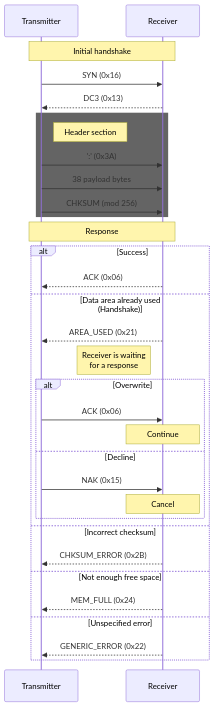
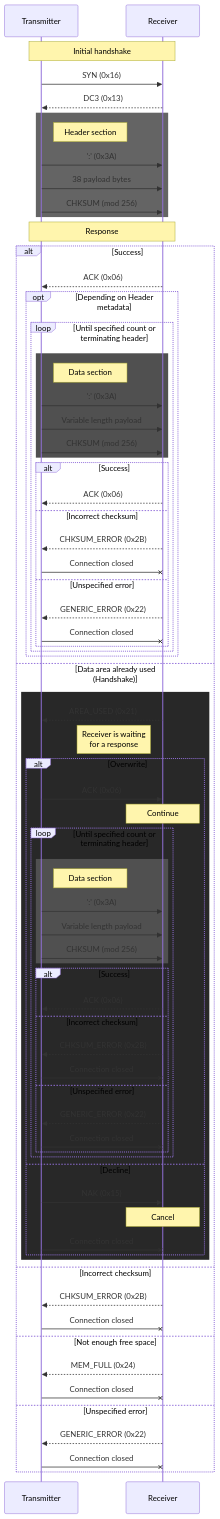
One commit to tarapitha/casio_fx changed the diagram in PROTOCOL.md. Above: the diagram before and after it, drawn with Mermaid.

````diff
--- a/PROTOCOL.md
+++ b/PROTOCOL.md
@@ -17,22 +17,68 @@
     Note over T,R: Response
     alt Success
         R-->>T: ACK (0x06)
+
+        opt Depending on Header metadata
+            loop Until specified count or terminating header
+                rect rgb(80, 80, 80)
+                Note right of T: Data section
+                T->>R: ':' (0x3A)
+                T->>R: Variable length payload
+                T->>R: CHKSUM (mod 256)
+                end
+                alt Success
+                    R-->>T: ACK (0x06)
+                else Incorrect checksum
+                    R-->>T: CHKSUM_ERROR (0x2B)
+                    T-xR: Connection closed
+                else Unspecified error
+                    R-->>T: GENERIC_ERROR (0x22)
+                    T-xR: Connection closed
+                end
+            end
+        end
+
     else Data area already used<br/>(Handshake)
+        rect rgb(40, 40, 40)
         R-->>T: AREA_USED (0x21)
         Note left of R: Receiver is waiting<br/>for a response
         
         alt Overwrite
             T->>R: ACK (0x06)
             Note over R: Continue
+
+            loop Until specified count or terminating header
+                rect rgb(80, 80, 80)
+                Note right of T: Data section
+                T->>R: ':' (0x3A)
+                T->>R: Variable length payload
+                T->>R: CHKSUM (mod 256)
+                end
+                alt Success
+                    R-->>T: ACK (0x06)
+                else Incorrect checksum
+                    R-->>T: CHKSUM_ERROR (0x2B)
+                    T-xR: Connection closed
+                else Unspecified error
+                    R-->>T: GENERIC_ERROR (0x22)
+                    T-xR: Connection closed
+                end
+            end
+
         else Decline
             T->>R: NAK (0x15)
             Note over R: Cancel
+            T-xR: Connection closed
+        end
         end
     else Incorrect checksum
         R-->>T: CHKSUM_ERROR (0x2B)
+        T-xR: Connection closed
     else Not enough free space
         R-->>T: MEM_FULL (0x24)
+        T-xR: Connection closed
     else Unspecified error
         R-->>T: GENERIC_ERROR (0x22)
+        T-xR: Connection closed
     end
 ```
````
